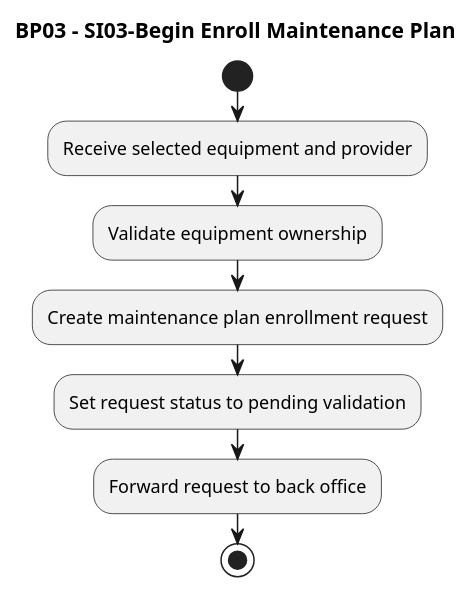
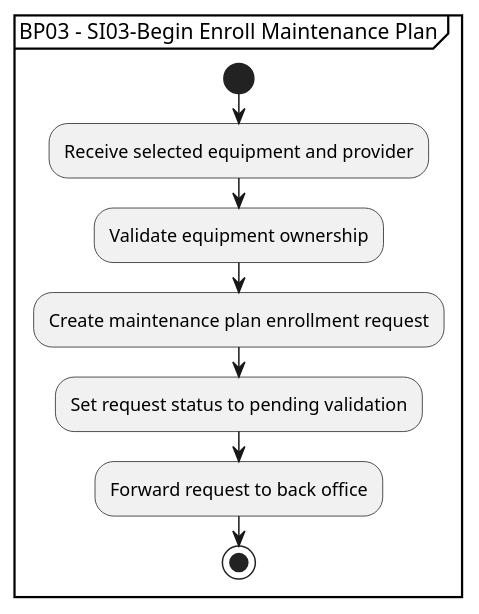
The diagram in 2.System Interactions/1.SystemInteractionDiagrams/BP03-SI03-Begin-Enroll-Maintenance-Plan.puml (aaberg/builders-clinic-fix-me), drawn with PlantUML before and after one commit. The commit also changed 54 other files, not shown here.

```diff
--- a/2.System Interactions/1.SystemInteractionDiagrams/BP03-SI03-Begin-Enroll-Maintenance-Plan.puml
+++ b/2.System Interactions/1.SystemInteractionDiagrams/BP03-SI03-Begin-Enroll-Maintenance-Plan.puml
@@ -1,12 +1,13 @@
 @startuml
-title BP03 - SI03-Begin Enroll Maintenance Plan
 
-start
-:Receive selected equipment and provider;
-:Validate equipment ownership;
-:Create maintenance plan enrollment request;
-:Set request status to pending validation;
-:Forward request to back office;
-stop
+partition "BP03 - SI03-Begin Enroll Maintenance Plan" {
+  start
+  :Receive selected equipment and provider;
+  :Validate equipment ownership;
+  :Create maintenance plan enrollment request;
+  :Set request status to pending validation;
+  :Forward request to back office;
+  stop
+}
 
 @enduml
```
